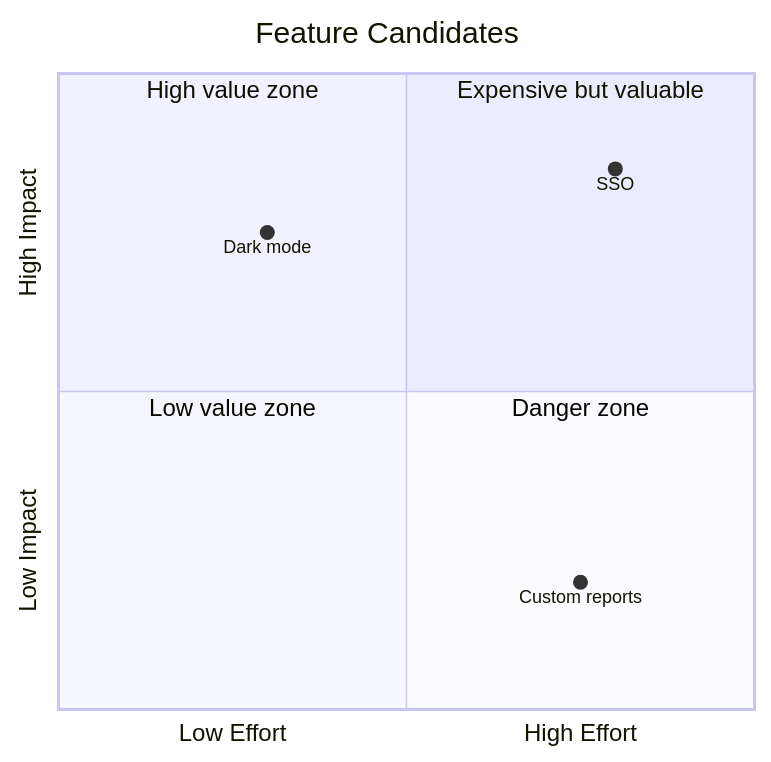
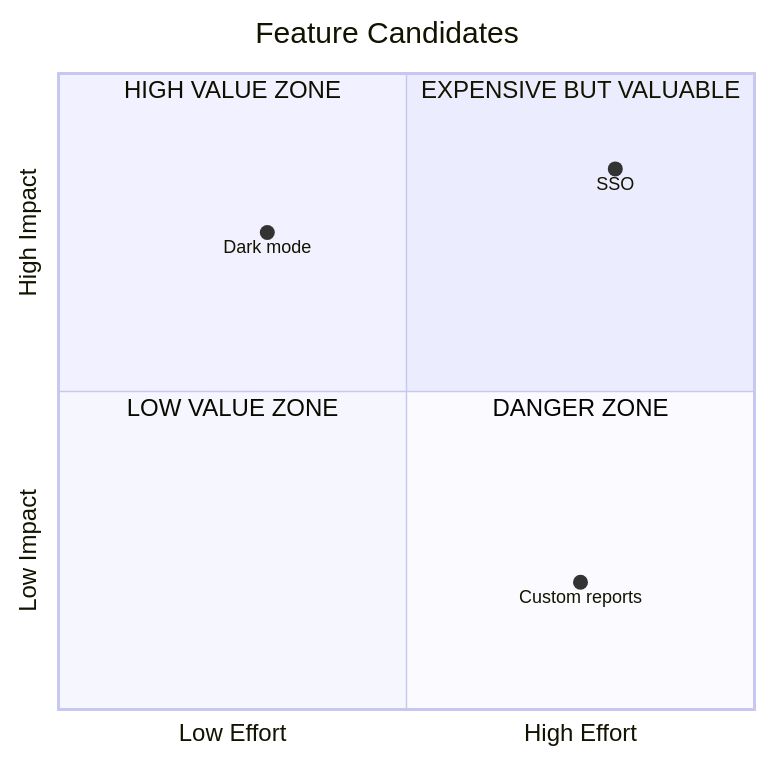
Before and after one commit to MacHu-GWU/shsk_mermaid_styles-project: the second of 4 diagrams in .claude/skills/mermaid-styles/skills/explainer-diagrams/ref/patterns/quadrant.md, drawn with Mermaid. The commit also changed other lines of this file, not shown here.

````diff
--- a/.claude/skills/mermaid-styles/skills/explainer-diagrams/ref/patterns/quadrant.md
+++ b/.claude/skills/mermaid-styles/skills/explainer-diagrams/ref/patterns/quadrant.md
@@ -214,13 +227,14 @@
 ```mermaid
+%%{init: {"quadrantChart": {"xAxisPosition": "bottom"}}}%%
 quadrantChart
     title Feature Candidates
     x-axis Low Effort --> High Effort
     y-axis Low Impact --> High Impact
-    quadrant-1 Expensive but valuable
-    quadrant-2 High value zone
-    quadrant-3 Low value zone
-    quadrant-4 Danger zone
+    quadrant-1 EXPENSIVE BUT VALUABLE
+    quadrant-2 HIGH VALUE ZONE
+    quadrant-3 LOW VALUE ZONE
+    quadrant-4 DANGER ZONE
     Dark mode: [0.3, 0.75]
     SSO: [0.8, 0.85]
     Custom reports: [0.75, 0.2]
 ```
````
